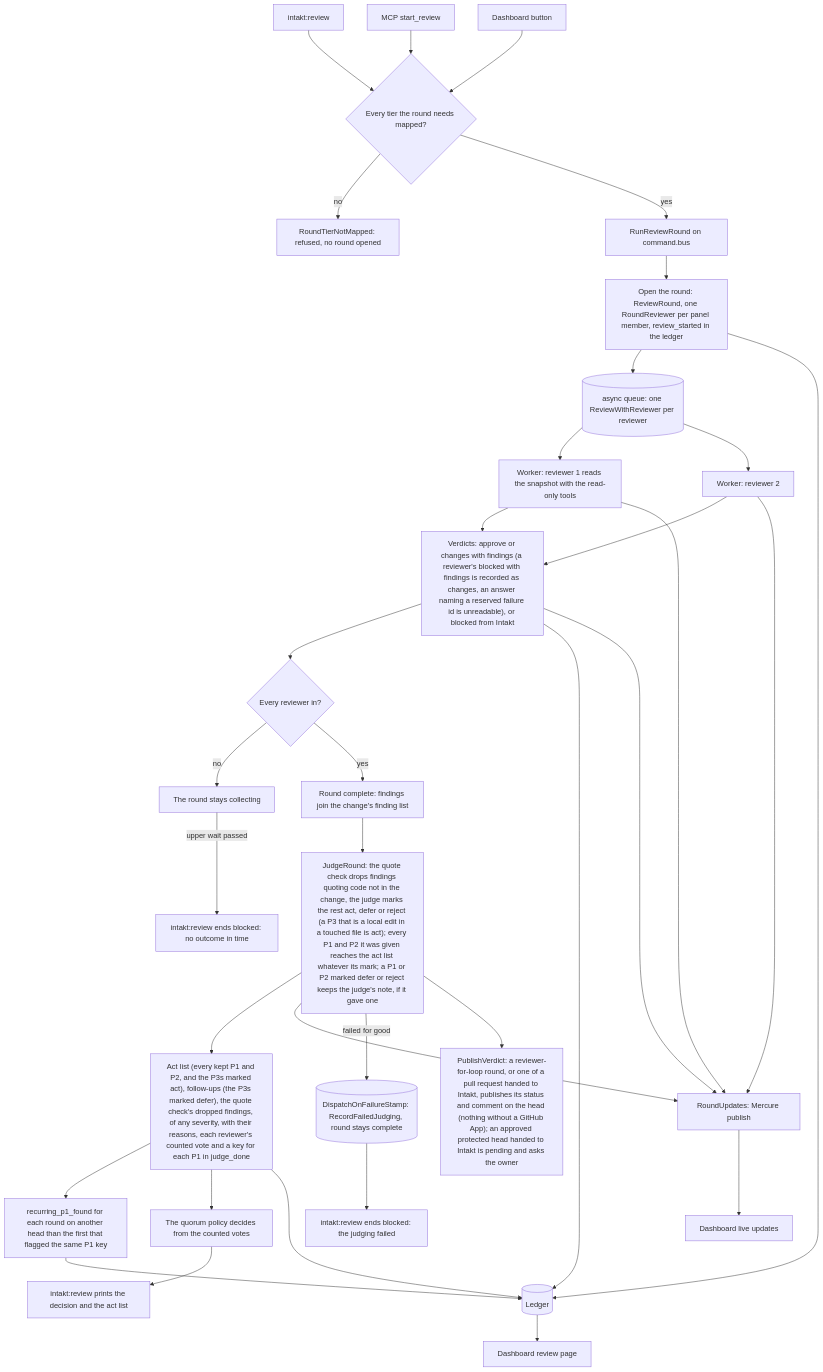
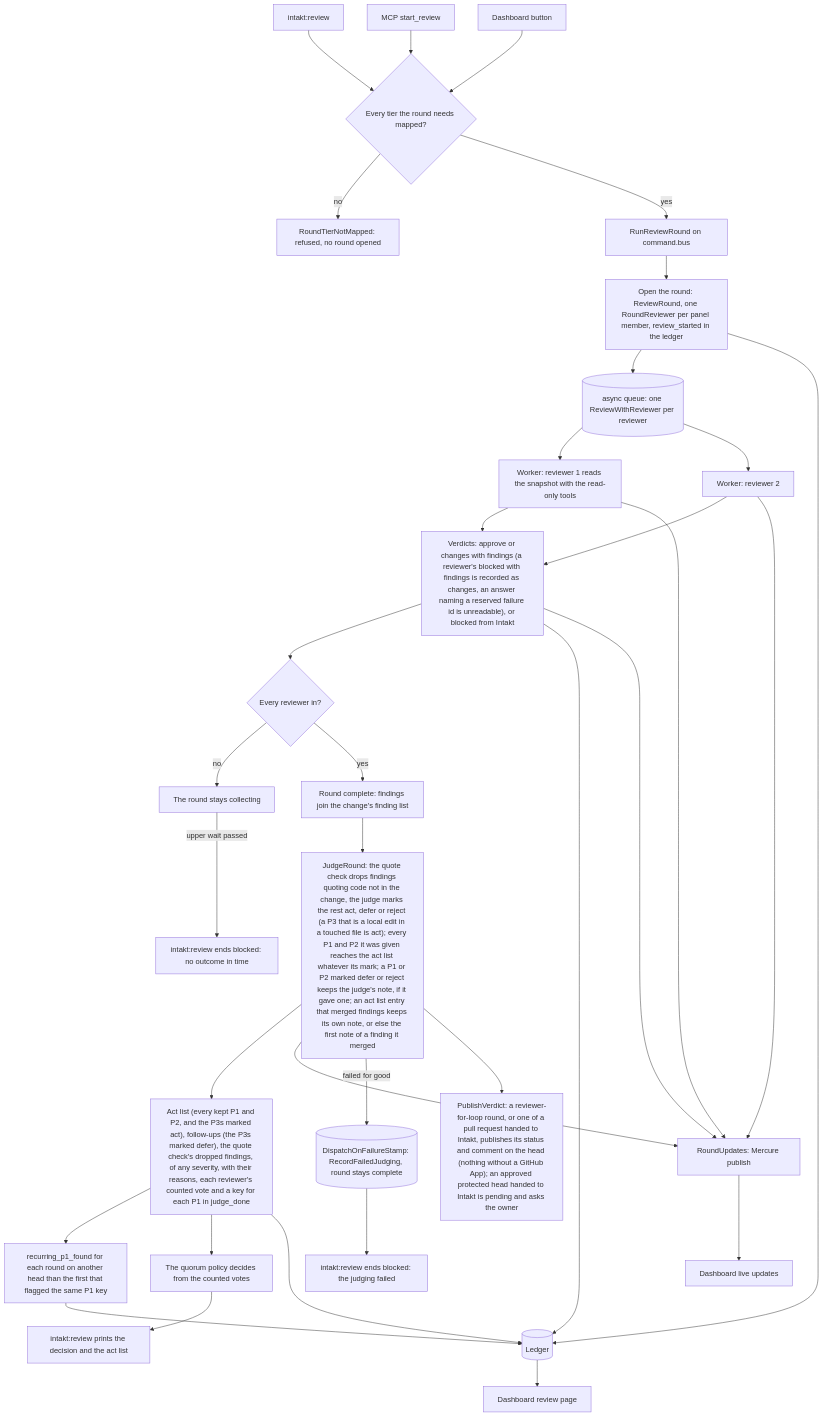
The diagram in docs/architecture/review-flow.md (shinyredapples/intakt), drawn with Mermaid before and after one commit. The commit also changed 2 other files, not shown here.

Commit message:
docs(review): say an act-list entry can carry a merged finding's judge note

````diff
--- a/docs/architecture/review-flow.md
+++ b/docs/architecture/review-flow.md
@@ -5,35 +5,35 @@
 ```mermaid
 flowchart TD
     cli["intakt:review"] --> start
     mcp["MCP start_review"] --> start
     btn["Dashboard button"] --> start
     start{"Every tier the round needs mapped?"} -->|no| refused["RoundTierNotMapped: refused, no round opened"]
     start -->|yes| run["RunReviewRound on command.bus"] --> open["Open the round: ReviewRound, one RoundReviewer per panel member, review_started in the ledger"]
     open --> queue[("async queue: one ReviewWithReviewer per reviewer")]
     queue --> w1["Worker: reviewer 1 reads the snapshot with the read-only tools"]
     queue --> w2["Worker: reviewer 2"]
     w1 --> verdicts["Verdicts: approve or changes with findings (a reviewer's blocked with findings is recorded as changes, an answer naming a reserved failure id is unreadable), or blocked from Intakt"]
     w2 --> verdicts
     verdicts --> complete{"Every reviewer in?"}
     complete -->|no| wait["The round stays collecting"]
     complete -->|yes| collected["Round complete: findings join the change's finding list"]
-    collected --> judge["JudgeRound: the quote check drops findings quoting code not in the change, the judge marks the rest act, defer or reject (a P3 that is a local edit in a touched file is act); every P1 and P2 it was given reaches the act list whatever its mark; a P1 or P2 marked defer or reject keeps the judge's note, if it gave one"]
+    collected --> judge["JudgeRound: the quote check drops findings quoting code not in the change, the judge marks the rest act, defer or reject (a P3 that is a local edit in a touched file is act); every P1 and P2 it was given reaches the act list whatever its mark; a P1 or P2 marked defer or reject keeps the judge's note, if it gave one; an act list entry that merged findings keeps its own note, or else the first note of a finding it merged"]
     judge --> act["Act list (every kept P1 and P2, and the P3s marked act), follow-ups (the P3s marked defer), the quote check's dropped findings, of any severity, with their reasons, each reviewer's counted vote and a key for each P1 in judge_done"]
     act --> recurring["recurring_p1_found for each round on another head than the first that flagged the same P1 key"]
     recurring --> ledger
     act --> quorum["The quorum policy decides from the counted votes"]
     act --> ledger[("Ledger")]
     open --> ledger
     verdicts --> ledger
     ledger --> dash["Dashboard review page"]
     w1 --> updates["RoundUpdates: Mercure publish"]
     w2 --> updates
     verdicts --> updates
     judge --> updates
     updates --> live["Dashboard live updates"]
     quorum --> out["intakt:review prints the decision and the act list"]
     judge -->|failed for good| failed[("DispatchOnFailureStamp: RecordFailedJudging, round stays complete")]
     failed --> outFailed["intakt:review ends blocked: the judging failed"]
     wait -->|upper wait passed| outLate["intakt:review ends blocked: no outcome in time"]
     judge --> publish["PublishVerdict: a reviewer-for-loop round, or one of a pull request handed to Intakt, publishes its status and comment on the head (nothing without a GitHub App); an approved protected head handed to Intakt is pending and asks the owner"]
 ```
````
